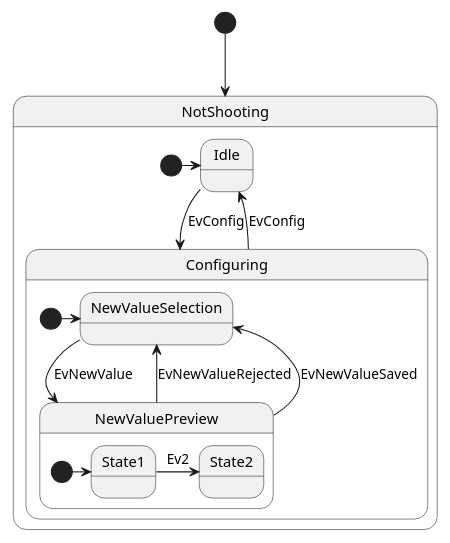
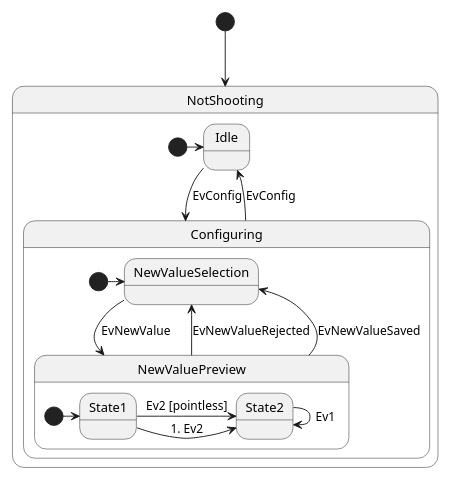
Before and after one commit to StateSmith/StateSmith: the diagram in src/StateSmithTest/Output/Sim/diagrams/PlantEx2.puml, drawn with PlantUML. The commit also changed 12 other files, not shown here.

```diff
--- a/src/StateSmithTest/Output/Sim/diagrams/PlantEx2.puml
+++ b/src/StateSmithTest/Output/Sim/diagrams/PlantEx2.puml
@@ -1,24 +1,26 @@
 @startuml PlantEx2
 ' from https://plantuml.com/state-diagram
 scale 350 width
 [*] --> NotShooting
 
 state NotShooting {
   [*] -> Idle
   Idle --> Configuring : EvConfig
   Configuring --> Idle : EvConfig
 }
 
 state Configuring {
   [*] -> NewValueSelection
   NewValueSelection --> NewValuePreview : EvNewValue
   NewValuePreview --> NewValueSelection : EvNewValueRejected
   NewValuePreview --> NewValueSelection : EvNewValueSaved
 
   state NewValuePreview {
     [*] -> State1
-    State1 -> State2 : Ev2
+    State1 -> State2 : Ev2 [pointless]
+    State1 -> State2 : 1. Ev2
+    State2 -> State2 : Ev1
   }
 
 }
 @enduml
```
